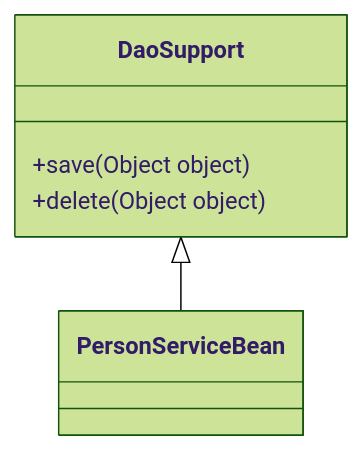
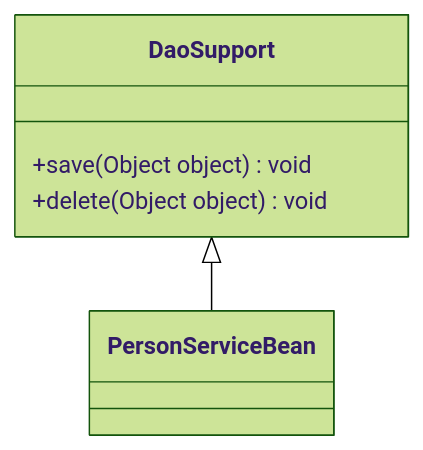
One commit to lingwh1995/books changed the sixth of 7 diagrams in general/datastructure/datastructure-java/datastructure-java.md. Above: the diagram before and after it, drawn with Mermaid (forest theme).

Commit message:
更新内容

````diff
--- a/general/datastructure/datastructure-java/datastructure-java.md
+++ b/general/datastructure/datastructure-java/datastructure-java.md
@@ -279,8 +279,8 @@
 ```mermaid
 classDiagram
     DaoSupport <|-- PersonServiceBean
-    DaoSupport: +save(Object object)
-    DaoSupport: +delete(Object object)
+    DaoSupport: +save(Object object) void
+    DaoSupport: +delete(Object object) void
     class PersonServiceBean{
     }
 ```
````
